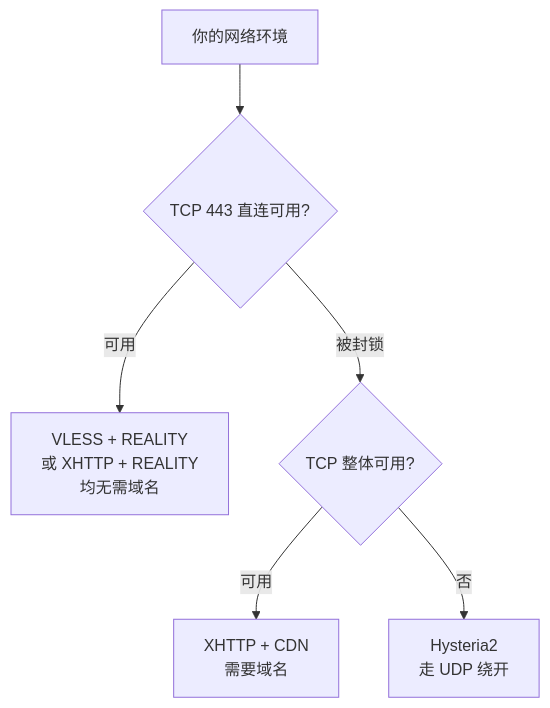
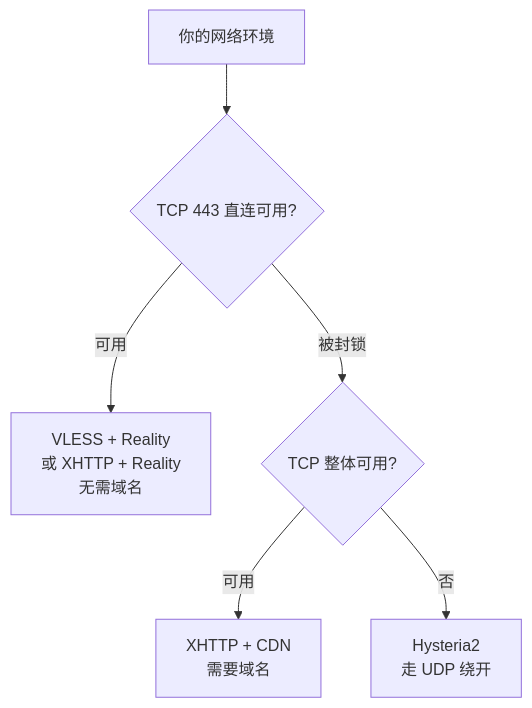
Before and after one commit to DamienZCollins/Personal-Proxy: the first of 3 diagrams in README.md, drawn with Mermaid. The commit also changed other lines of this file, not shown here.

````diff
--- a/README.md
+++ b/README.md
@@ -14,8 +27,8 @@
 ```mermaid
 flowchart TB
     A[你的网络环境] --> B{TCP 443 直连可用?}
-    B -->|可用| C["VLESS + REALITY<br/>或 XHTTP + REALITY<br/>均无需域名"]
+    B -->|可用| C["VLESS + Reality<br/>或 XHTTP + Reality<br/>无需域名"]
     B -->|被封锁| D{TCP 整体可用?}
     D -->|可用| E["XHTTP + CDN<br/>需要域名"]
     D -->|否| F["Hysteria2<br/>走 UDP 绕开"]
 ```
````
